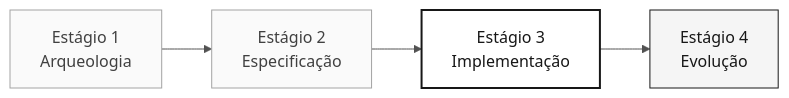
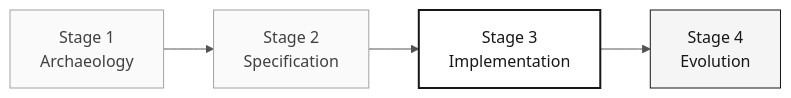
The diagram in 05-personas/06-developer/PERSONA.md (paulasilvatech/datacorp-mm-team-kit), drawn with Mermaid before and after one commit. The commit also changed other lines of this file and 163 other files, not shown here.

````diff
--- a/05-personas/06-developer/PERSONA.md
+++ b/05-personas/06-developer/PERSONA.md
@@ -30,11 +30,11 @@
 ```mermaid
 %%{init: {'theme':'neutral','themeVariables':{'fontFamily':'ui-sans-serif, system-ui, sans-serif','primaryColor':'#F5F5F5','primaryTextColor':'#171717','primaryBorderColor':'#171717','lineColor':'#525252','secondaryColor':'#FFFFFF','tertiaryColor':'#FAFAFA','background':'#FFFFFF'}}}%%
 flowchart LR
     classDef step fill:#F5F5F5,stroke:#171717,color:#171717
     classDef active fill:#FFFFFF,stroke:#171717,color:#171717,stroke-width:2px
     classDef muted fill:#FAFAFA,stroke:#A3A3A3,color:#404040
 
-    S1["Estágio 1<br/>Arqueologia"]:::muted --> S2["Estágio 2<br/>Especificação"]:::muted
-    S2 --> S3["Estágio 3<br/>Implementação"]:::active
-    S3 --> S4["Estágio 4<br/>Evolução"]:::step
+    S1["Stage 1<br/>Archaeology"]:::muted --> S2["Stage 2<br/>Specification"]:::muted
+    S2 --> S3["Stage 3<br/>Implementation"]:::active
+    S3 --> S4["Stage 4<br/>Evolution"]:::step
 ```
````
